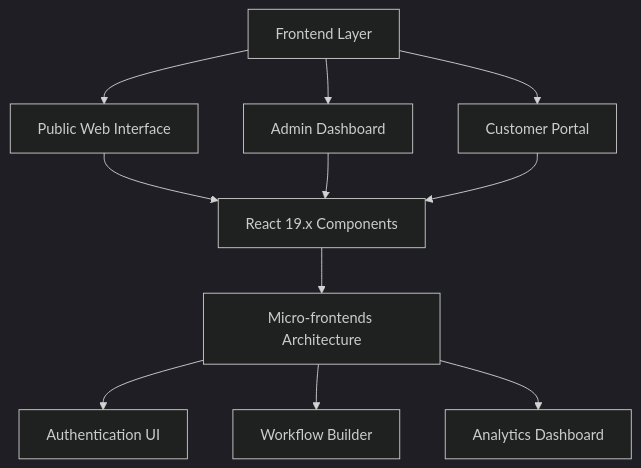
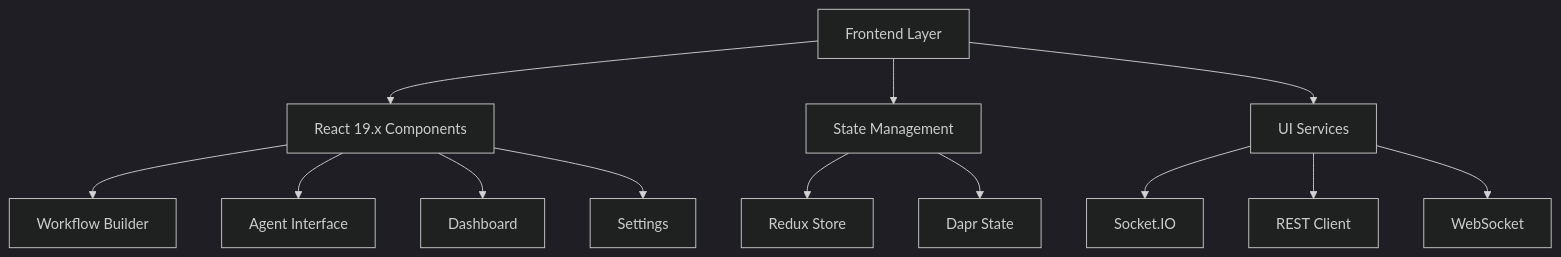
One commit to jihadajUAEU/bluemeshv2 changed the first of 11 diagrams in layers.md. Above: the diagram before and after it, drawn with Mermaid (dark theme). The commit also changed other lines of this file and 2 other files, not shown here.

````diff
--- a/layers.md
+++ b/layers.md
@@ -14,13 +11,18 @@
 ```mermaid
 graph TD
-    A[Frontend Layer] --> B[Public Web Interface]
-    A --> C[Admin Dashboard]
-    A --> D[Customer Portal]
-    B --> E[React 19.x Components]
-    C --> E
-    D --> E
-    E --> F[Micro-frontends Architecture]
-    F --> G[Authentication UI]
-    F --> H[Workflow Builder]
-    F --> I[Analytics Dashboard]
+    A[Frontend Layer] --> B[React 19.x Components]
+    A --> C[State Management]
+    A --> D[UI Services]
+    
+    B --> E[Workflow Builder]
+    B --> F[Agent Interface]
+    B --> G[Dashboard]
+    B --> H[Settings]
+    
+    C --> I[Redux Store]
+    C --> J[Dapr State]
+    
+    D --> K[Socket.IO]
+    D --> L[REST Client]
+    D --> M[WebSocket]
 ```
````
